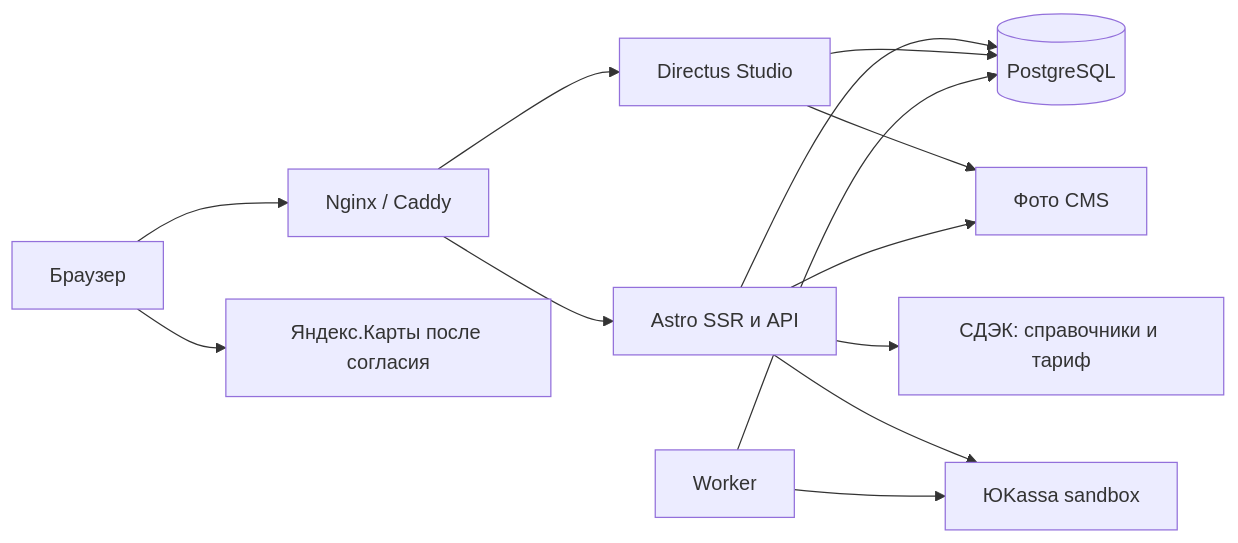
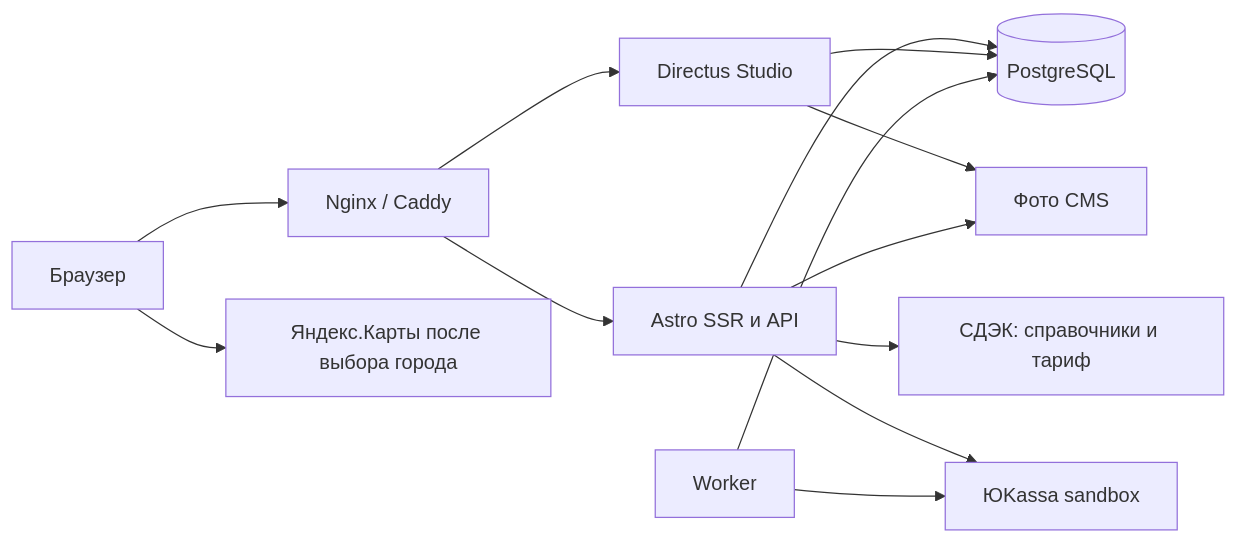
One commit to gbasyr-sketch/autoreelz changed the diagram in docs/architecture.md. Above: the diagram before and after it, drawn with Mermaid. The commit also changed other lines of this file and 17 other files, not shown here.

````diff
--- a/docs/architecture.md
+++ b/docs/architecture.md
@@ -7,15 +7,15 @@
 ```mermaid
 flowchart LR
   Browser[Браузер] --> Edge[Nginx / Caddy]
   Edge --> Web[Astro SSR и API]
   Edge --> CMS[Directus Studio]
   Web --> DB[(PostgreSQL)]
   CMS --> DB
   CMS --> Uploads[Фото CMS]
   Web --> Uploads
   Worker[Worker] --> DB
   Web --> CDEK[СДЭК: справочники и тариф]
   Web --> Yoo[ЮKassa sandbox]
   Worker --> Yoo
-  Browser --> Maps[Яндекс.Карты после согласия]
+  Browser --> Maps[Яндекс.Карты после выбора города]
 ```
````
